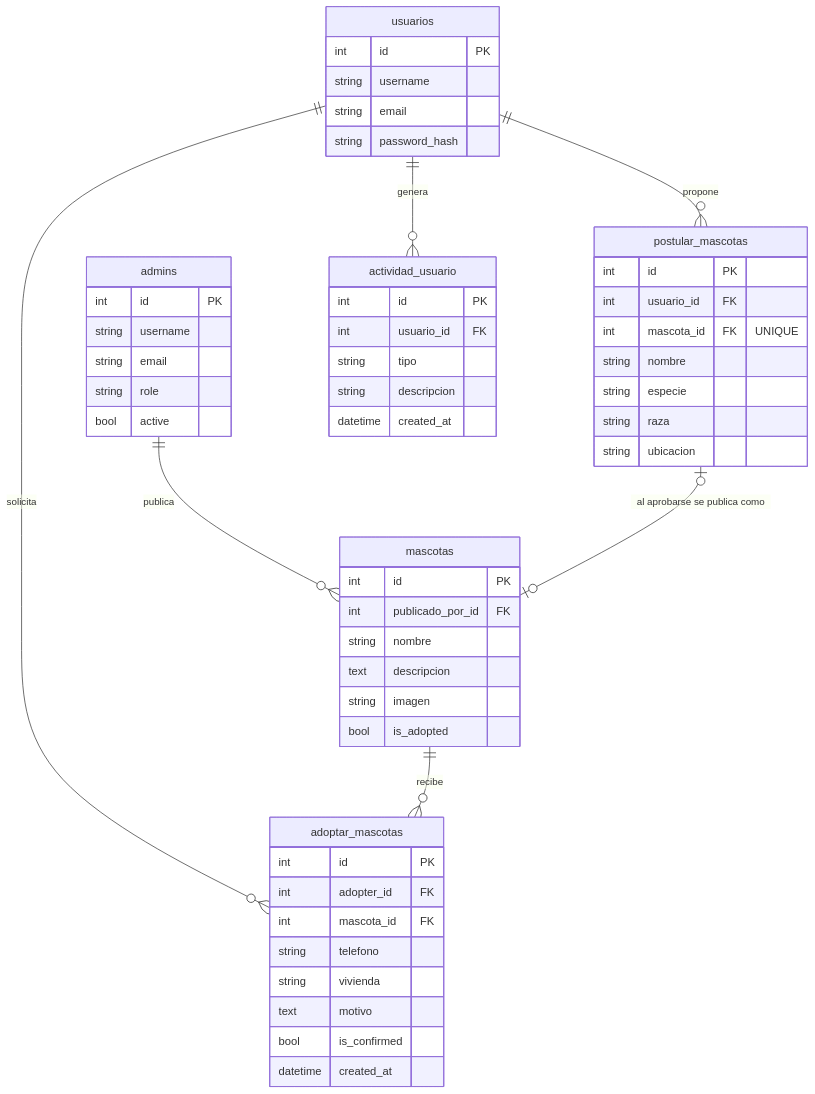
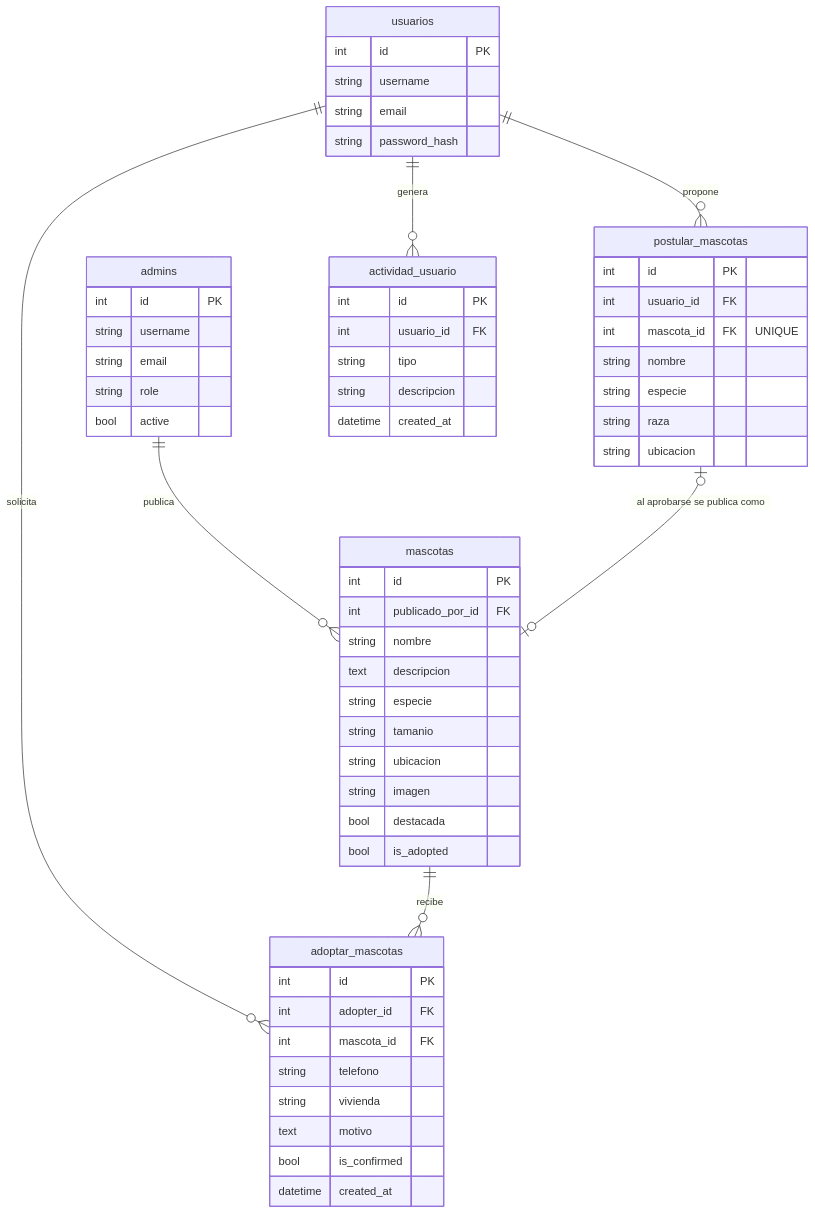
The second of 2 diagrams in README.md (IngGMunoz/Adopt-Me-Now), drawn with Mermaid before and after one commit. The commit also changed other lines of this file and 35 other files, not shown here.

````diff
--- a/README.md
+++ b/README.md
@@ -104,57 +107,61 @@
 ```mermaid
 erDiagram
     admins ||--o{ mascotas : "publica"
     usuarios ||--o{ adoptar_mascotas : "solicita"
     mascotas ||--o{ adoptar_mascotas : "recibe"
     usuarios ||--o{ postular_mascotas : "propone"
     postular_mascotas |o--o| mascotas : "al aprobarse se publica como"
     usuarios ||--o{ actividad_usuario : "genera"
 
     admins {
         int id PK
         string username
         string email
         string role
         bool active
     }
     usuarios {
         int id PK
         string username
         string email
         string password_hash
     }
     mascotas {
         int id PK
         int publicado_por_id FK
         string nombre
         text descripcion
+        string especie
+        string tamanio
+        string ubicacion
         string imagen
+        bool destacada
         bool is_adopted
     }
     adoptar_mascotas {
         int id PK
         int adopter_id FK
         int mascota_id FK
         string telefono
         string vivienda
         text motivo
         bool is_confirmed
         datetime created_at
     }
     postular_mascotas {
         int id PK
         int usuario_id FK
         int mascota_id FK "UNIQUE"
         string nombre
         string especie
         string raza
         string ubicacion
     }
     actividad_usuario {
         int id PK
         int usuario_id FK
         string tipo
         string descripcion
         datetime created_at
     }
 ```
````
